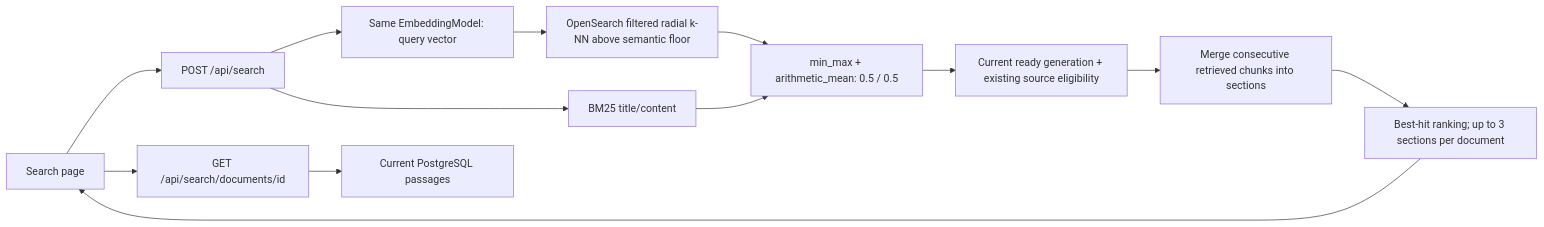
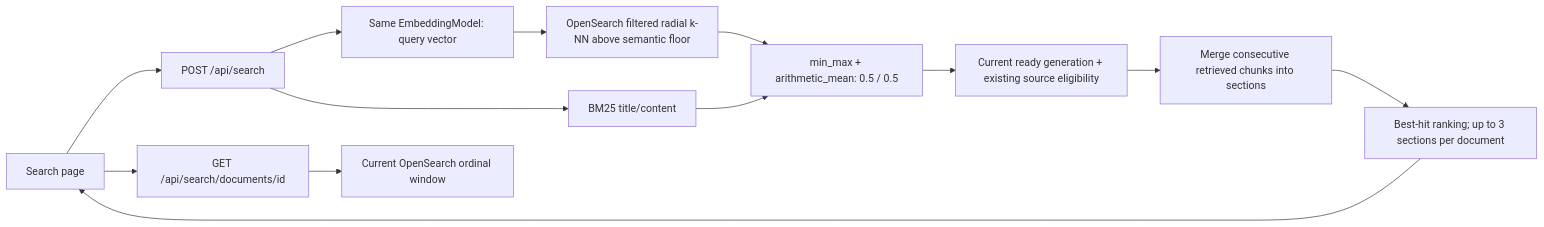
One commit to kl3inIT/MemoryOS changed the second of 2 diagrams in docs/specs/search.md. Above: the diagram before and after it, drawn with Mermaid. The commit also changed other lines of this file and 86 other files, not shown here.

````diff
--- a/docs/specs/search.md
+++ b/docs/specs/search.md
@@ -48,15 +54,15 @@
 ```mermaid
 flowchart LR
     UI[Search page] --> API[POST /api/search]
     API --> E[Same EmbeddingModel: query vector]
     API --> B[BM25 title/content]
     E --> K[OpenSearch filtered radial k-NN above semantic floor]
     B --> F[min_max + arithmetic_mean: 0.5 / 0.5]
     K --> F
     F --> P[Current ready generation + existing source eligibility]
     P --> S[Merge consecutive retrieved chunks into sections]
     S --> G[Best-hit ranking; up to 3 sections per document]
     G --> UI
     UI --> D[GET /api/search/documents/id]
-    D --> C[Current PostgreSQL passages]
+    D --> C[Current OpenSearch ordinal window]
 ```
````
